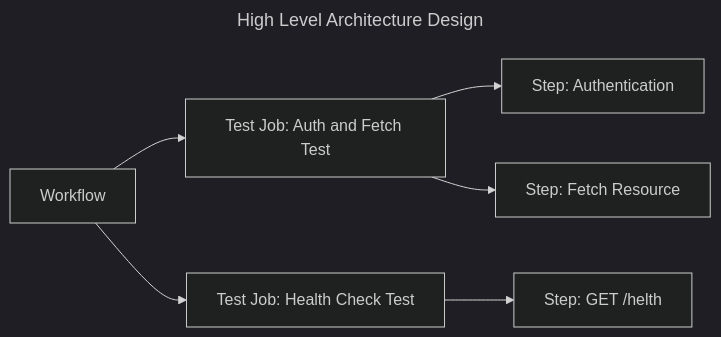
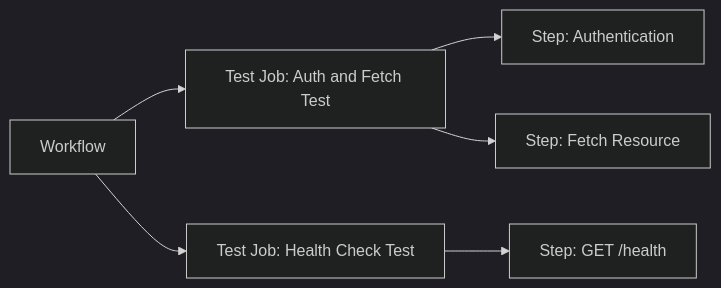
One commit to wf-yamaday/kooparts changed the diagram in DESIGN_DOC.md. Above: the diagram before and after it, drawn with Mermaid (dark theme).

````diff
--- a/DESIGN_DOC.md
+++ b/DESIGN_DOC.md
@@ -31,17 +31,14 @@
 ```mermaid
----
-title: High Level Architecture Design
----
 flowchart LR
    wf[Workflow]
    job1[Test Job: Auth and Fetch Test]
    job2[Test Job: Health Check Test]
    step1[Step: Authentication]
    step2[Step: Fetch Resource]
-   step3[Step: GET /helth]
+   step3[Step: GET /health]
 
 
   wf --> job1 & job2
   job1 --> step1 & step2
   job2 --> step3
 ```
````
